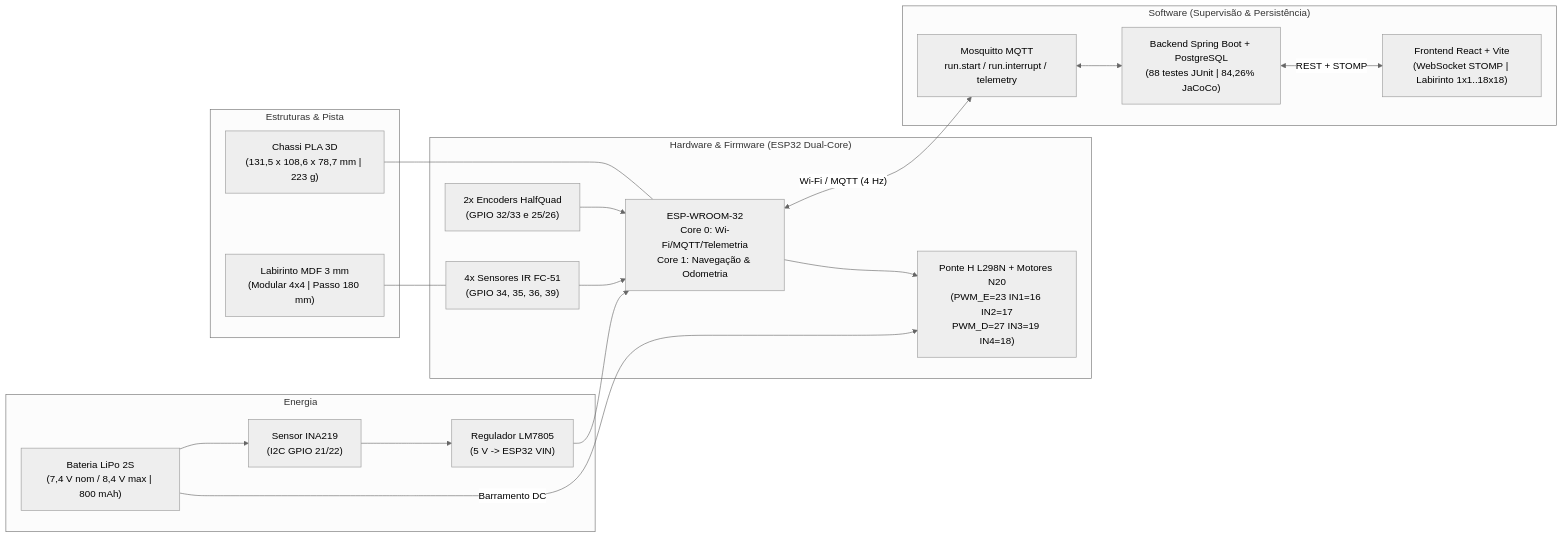
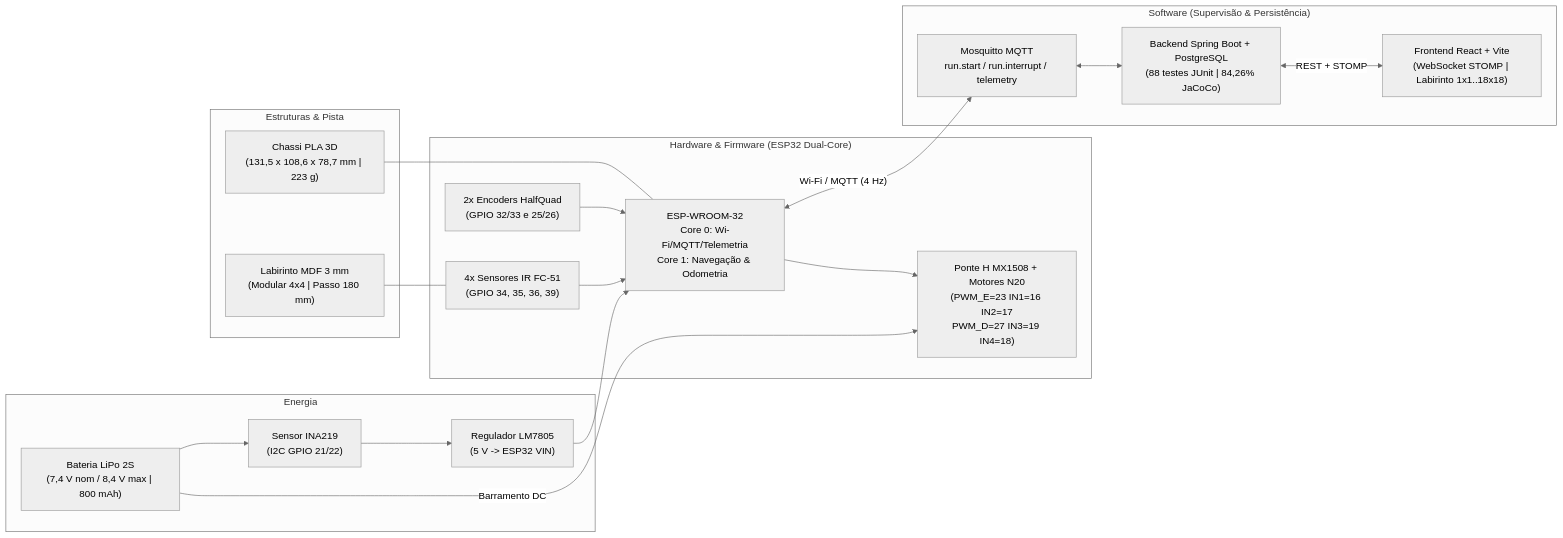
The diagram in docs/Testes de integração.md (fcte-pi1/2026_2_PI1_Grupo02_Bruno), drawn with Mermaid (neutral theme) before and after one commit. The commit also changed other lines of this file, not shown here.

Commit message:
Update driver reference from L298N to MX1508

````diff
--- a/docs/Testes de integração.md
+++ b/docs/Testes de integração.md
@@ -13,37 +13,37 @@
 ```mermaid
 flowchart LR
     subgraph MEC["Estruturas & Pista"]
         CH["Chassi PLA 3D<br/>(131,5 x 108,6 x 78,7 mm | 223 g)"]
         LAB["Labirinto MDF 3 mm<br/>(Modular 4x4 | Passo 180 mm)"]
     end
 
     subgraph EN["Energia"]
         BAT["Bateria LiPo 2S<br/>(7,4 V nom / 8,4 V max | 800 mAh)"]
         REG["Regulador LM7805<br/>(5 V -> ESP32 VIN)"]
         INA["Sensor INA219<br/>(I2C GPIO 21/22)"]
     end
 
     subgraph HW["Hardware & Firmware (ESP32 Dual-Core)"]
         ESP["ESP-WROOM-32<br/>Core 0: Wi-Fi/MQTT/Telemetria<br/>Core 1: Navegação & Odometria"]
         IR["4x Sensores IR FC-51<br/>(GPIO 34, 35, 36, 39)"]
         ENC["2x Encoders HalfQuad<br/>(GPIO 32/33 e 25/26)"]
-        L298["Ponte H L298N + Motores N20<br/>(PWM_E=23 IN1=16 IN2=17<br/>PWM_D=27 IN3=19 IN4=18)"]
+        L298["Ponte H MX1508 + Motores N20<br/>(PWM_E=23 IN1=16 IN2=17<br/>PWM_D=27 IN3=19 IN4=18)"]
     end
 
     subgraph SW["Software (Supervisão & Persistência)"]
         MQTT["Mosquitto MQTT<br/>run.start / run.interrupt / telemetry"]
         BE["Backend Spring Boot + PostgreSQL<br/>(88 testes JUnit | 84,26% JaCoCo)"]
         FE["Frontend React + Vite<br/>(WebSocket STOMP | Labirinto 1x1..18x18)"]
     end
 
     BAT -->|"Barramento DC"| L298
     BAT --> INA --> REG --> ESP
     IR --> ESP
     ENC --> ESP
     ESP --> L298
     CH --- ESP
     LAB --- IR
     ESP <-->|"Wi-Fi / MQTT (4 Hz)"| MQTT
     MQTT <--> BE
     BE <-->|"REST + STOMP"| FE
 ```
````
